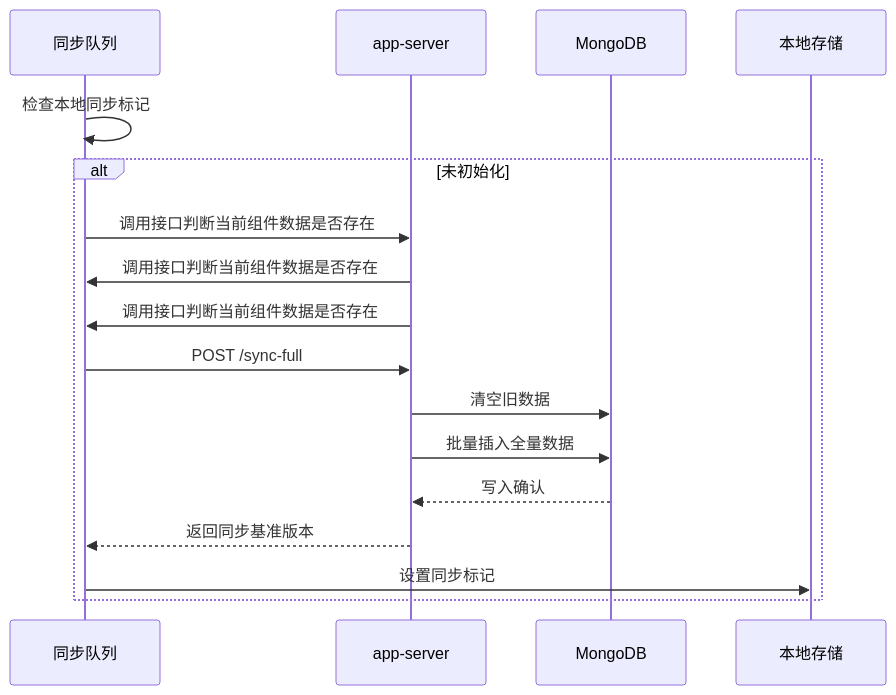
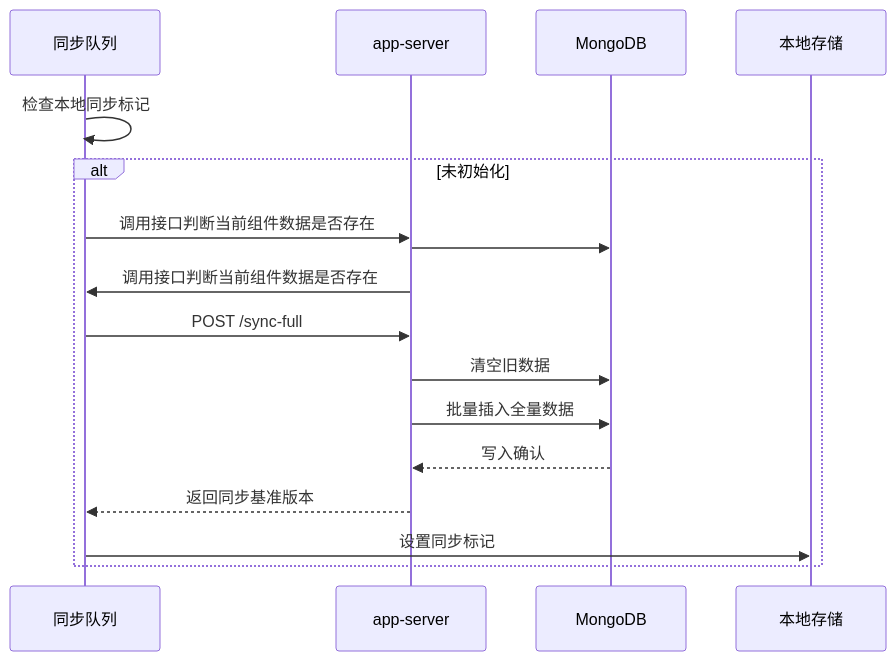
One commit to yingjianzh/iodraw-files changed the diagram in all/未命名-24.md. Above: the diagram before and after it, drawn with Mermaid.

Commit message:
2025-02-21 18:26:26 update

````diff
--- a/all/未命名-24.md
+++ b/all/未命名-24.md
@@ -1,19 +1,19 @@
 ```mermaid
 sequenceDiagram
     participant 同步队列
     participant app-server
     participant MongoDB
 
     同步队列->>同步队列: 检查本地同步标记
     alt 未初始化
         同步队列->>app-server: 调用接口判断当前组件数据是否存在
-        app-server->>同步队列: 调用接口判断当前组件数据是否存在
+        app-server->>MongoDB: 
         app-server->>同步队列: 调用接口判断当前组件数据是否存在
         同步队列->>app-server: POST /sync-full
         app-server->>MongoDB: 清空旧数据
         app-server->>MongoDB: 批量插入全量数据
         MongoDB-->>app-server: 写入确认
         app-server-->>同步队列: 返回同步基准版本
         同步队列->>本地存储: 设置同步标记
     end
 ```
````
